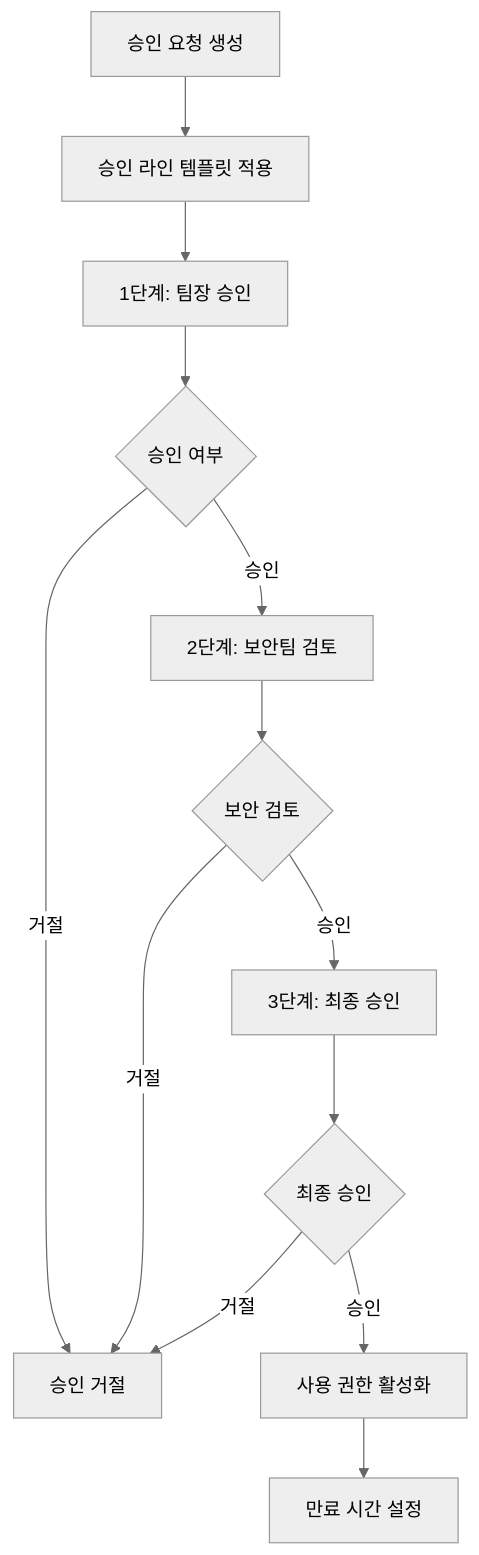
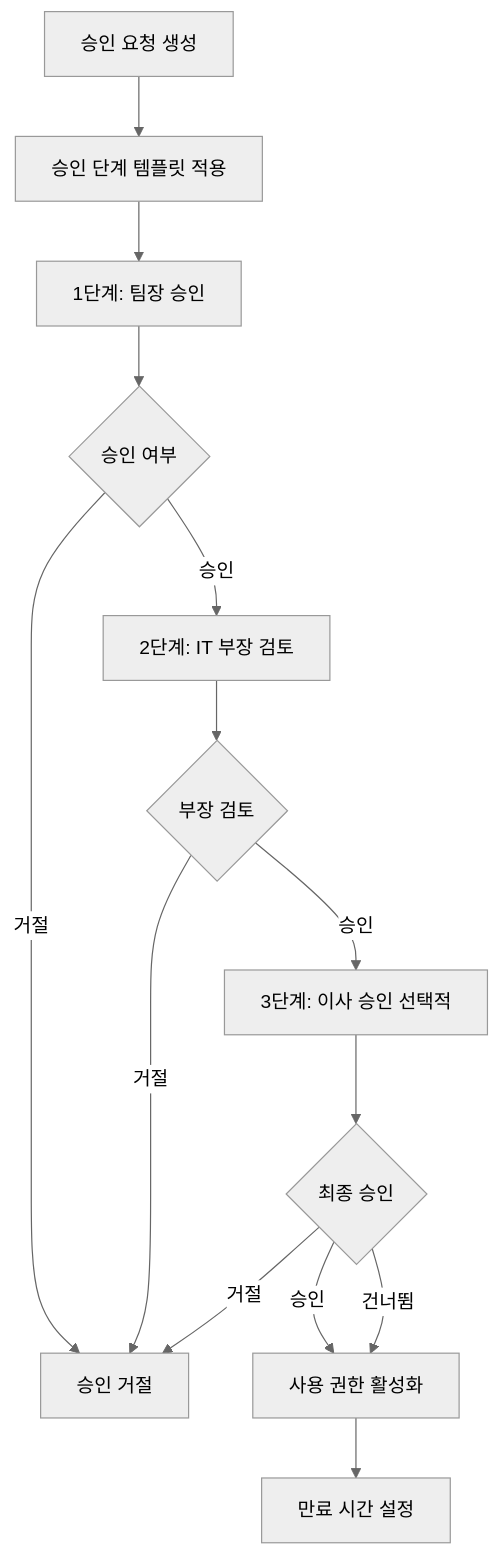
Before and after one commit to dolphina02/newDataPortalBE: the diagram in docs/APPROVAL_SYSTEM.md, drawn with Mermaid (neutral theme). The commit also changed other lines of this file and 7 other files, not shown here.

````diff
--- a/docs/APPROVAL_SYSTEM.md
+++ b/docs/APPROVAL_SYSTEM.md
@@ -139,15 +172,16 @@
 ```mermaid
 graph TD
-    A[승인 요청 생성] --> B[승인 라인 템플릿 적용]
+    A[승인 요청 생성] --> B[승인 단계 템플릿 적용]
     B --> C[1단계: 팀장 승인]
     C --> D{승인 여부}
-    D -->|승인| E[2단계: 보안팀 검토]
+    D -->|승인| E[2단계: IT 부장 검토]
     D -->|거절| F[승인 거절]
-    E --> G{보안 검토}
-    G -->|승인| H[3단계: 최종 승인]
+    E --> G{부장 검토}
+    G -->|승인| H[3단계: 이사 승인 선택적]
     G -->|거절| F
     H --> I{최종 승인}
     I -->|승인| J[사용 권한 활성화]
+    I -->|건너뜀| J
     I -->|거절| F
     J --> K[만료 시간 설정]
 ```
````
